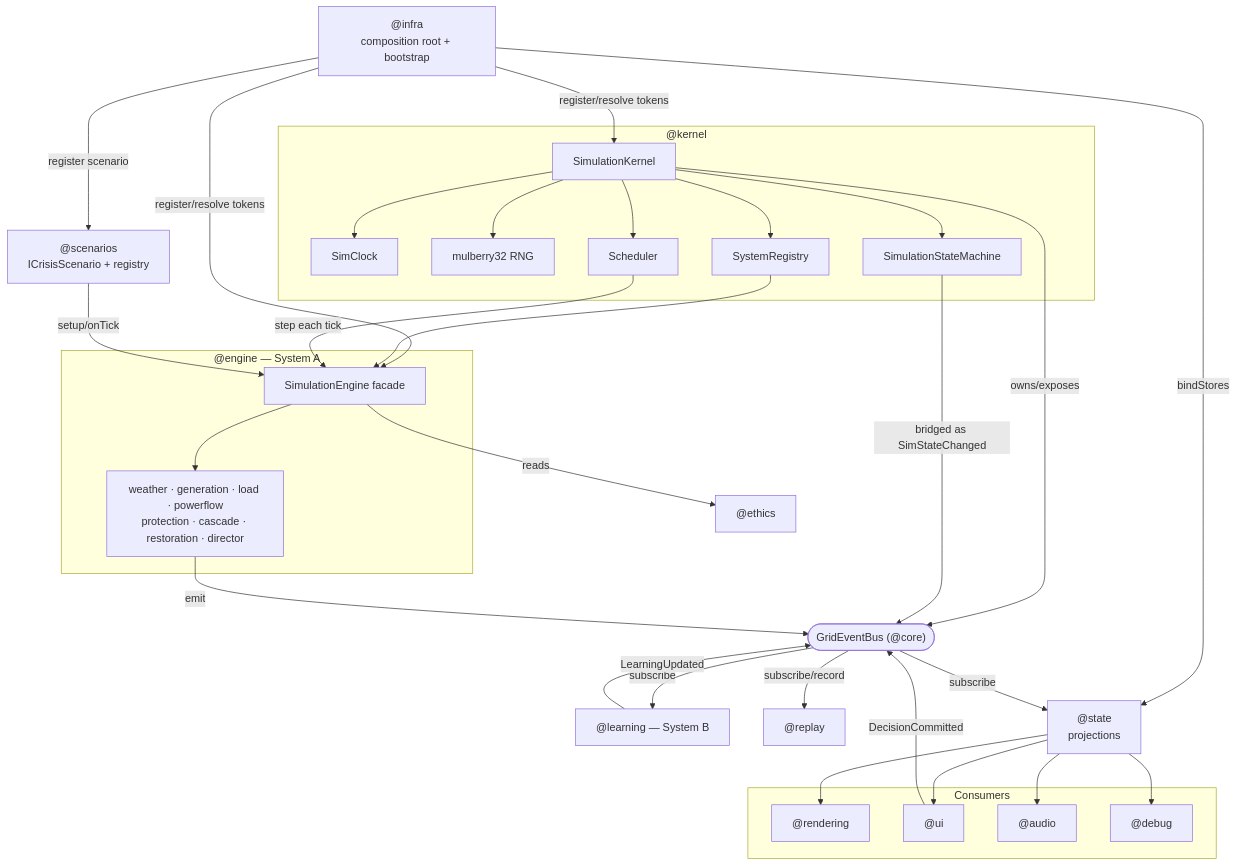
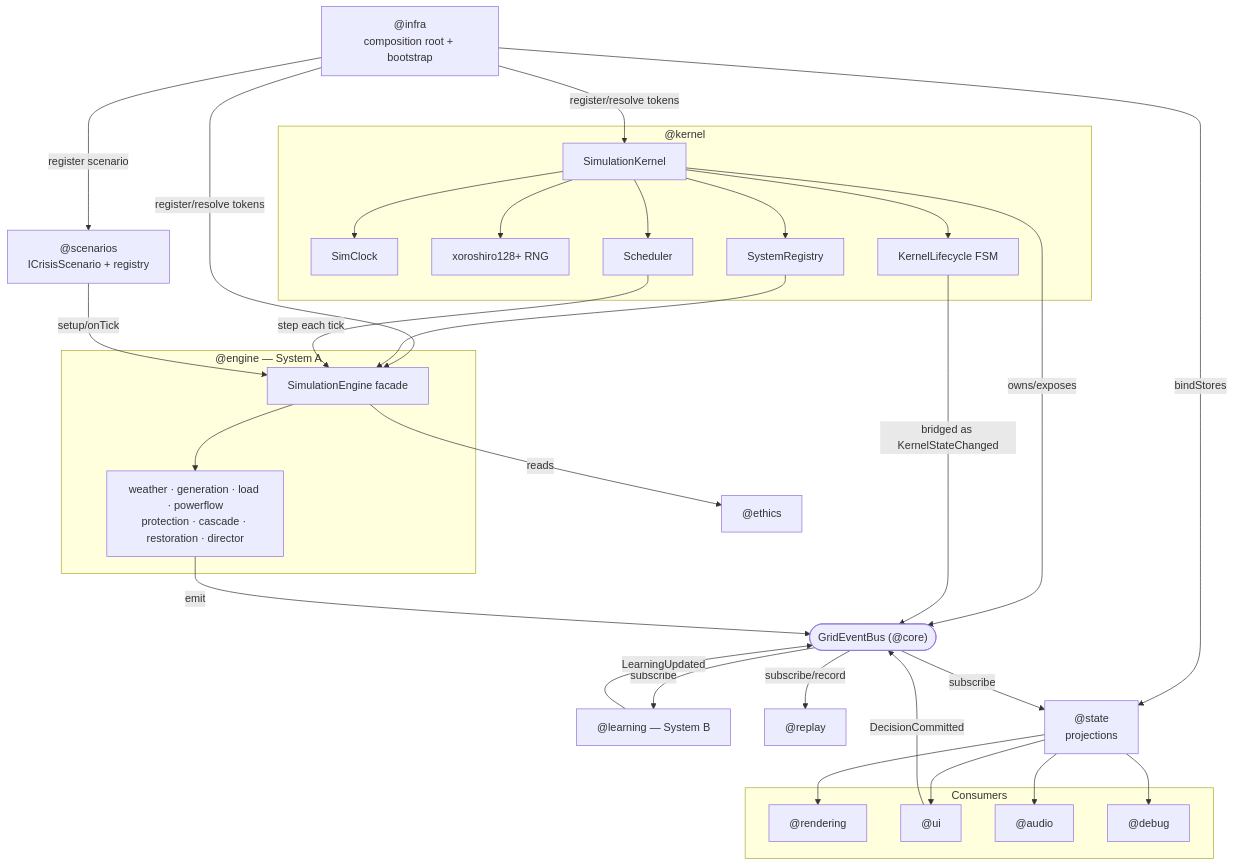
Before and after one commit to GalacticVraj/IEEEMETAVERSE: the first of 2 diagrams in docs/architecture/07-module-interaction.md, drawn with Mermaid. The commit also changed other lines of this file and 84 other files, not shown here.

First line of the commit message:
feat: GridGuard v2 Phase 2 — deterministic Simulation Kernel

````diff
--- a/docs/architecture/07-module-interaction.md
+++ b/docs/architecture/07-module-interaction.md
@@ -7,64 +7,64 @@
 ```mermaid
 flowchart TB
     INFRA["@infra\ncomposition root + bootstrap"]
 
     subgraph Kernel["@kernel"]
         K["SimulationKernel"]
         CLOCK["SimClock"]
-        RNG["mulberry32 RNG"]
-        FSM["SimulationStateMachine"]
+        RNG["xoroshiro128+ RNG"]
+        FSM["KernelLifecycle FSM"]
         REG["SystemRegistry"]
         SCHED["Scheduler"]
     end
 
     BUS(["GridEventBus (@core)"])
 
     subgraph Engine["@engine — System A"]
         ENG["SimulationEngine facade"]
         SUBS["weather · generation · load · powerflow\nprotection · cascade · restoration · director"]
     end
 
     SCEN["@scenarios\nICrisisScenario + registry"]
     LEARN["@learning — System B"]
     REPLAY["@replay"]
     ETHICS["@ethics"]
     STATE["@state\nprojections"]
 
     subgraph Consumers["Consumers"]
         RENDER["@rendering"]
         UI["@ui"]
         AUDIO["@audio"]
         DEBUG["@debug"]
     end
 
     INFRA -->|register/resolve tokens| K
     INFRA -->|register/resolve tokens| ENG
     INFRA -->|register scenario| SCEN
     INFRA -->|bindStores| STATE
 
     K --> CLOCK
     K --> RNG
     K --> FSM
     K --> REG
     K --> SCHED
     K -->|owns/exposes| BUS
-    FSM -->|bridged as SimStateChanged| BUS
+    FSM -->|bridged as KernelStateChanged| BUS
 
     REG --> ENG
     SCHED -->|step each tick| ENG
     ENG --> SUBS
     SCEN -->|setup/onTick| ENG
     ENG -->|reads| ETHICS
     SUBS -->|emit| BUS
 
     BUS -->|subscribe| STATE
     BUS -->|subscribe| LEARN
     BUS -->|subscribe/record| REPLAY
     LEARN -->|LearningUpdated| BUS
 
     STATE --> RENDER
     STATE --> UI
     STATE --> AUDIO
     STATE --> DEBUG
     UI -->|DecisionCommitted| BUS
 ```
````
